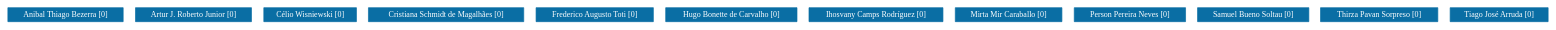
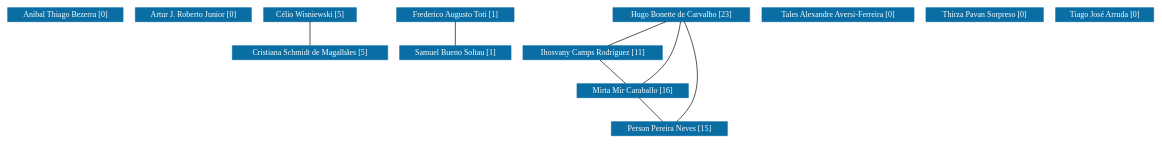
One commit to icamps/unifal-lattes.github.io changed the diagram in df/grafoDeColaboracoesSemPesos.dot. Above: the diagram before and after it, drawn with Graphviz. The commit also changed 783 other files, not shown here.

```diff
--- a/df/grafoDeColaboracoesSemPesos.dot
+++ b/df/grafoDeColaboracoesSemPesos.dot
@@ -1,95 +1,109 @@
 strict graph grafo1 {
-	graph [bb="0,0,1919.5,21",
+	graph [bb="0,0,1431.5,192",
 		id=grafo1,
 		overlap=False
 	];
 	node [fontsize=12,
 		label="\N",
 		shape=rectangle,
 		style=filled
 	];
 	0	 [URL="membro-8478305453281130.html",
 		color="#0A6EA4",
 		fontcolor="#FFFFFF",
 		height=0.29167,
 		label="Anibal Thiago Bezerra [0]",
-		pos="71.5,10.5",
+		pos="71.5,181.5",
 		width=1.9861];
 	1	 [URL="membro-6122155083160820.html",
 		color="#0A6EA4",
 		fontcolor="#FFFFFF",
 		height=0.29167,
 		label="Artur J. Roberto Junior [0]",
-		pos="232.5,10.5",
+		pos="232.5,181.5",
 		width=1.9861];
 	2	 [URL="membro-4055079165002493.html",
 		color="#0A6EA4",
 		fontcolor="#FFFFFF",
 		height=0.29167,
-		label="Célio Wisniewski [0]",
-		pos="380.5,10.5",
+		label="Célio Wisniewski [5]",
+		pos="380.5,181.5",
 		width=1.6111];
 	3	 [URL="membro-1140012060761818.html",
 		color="#0A6EA4",
 		fontcolor="#FFFFFF",
 		height=0.29167,
-		label="Cristiana Schmidt de Magalhães [0]",
-		pos="549.5,10.5",
+		label="Cristiana Schmidt de Magalhães [5]",
+		pos="380.5,124.5",
 		width=2.5833];
+	2 -- 3	 [pos="380.5,170.78 380.5,160.59 380.5,145.35 380.5,135.17"];
 	4	 [URL="membro-5154949759339458.html",
 		color="#0A6EA4",
 		fontcolor="#FFFFFF",
 		height=0.29167,
-		label="Frederico Augusto Toti [0]",
-		pos="732.5,10.5",
+		label="Frederico Augusto Toti [1]",
+		pos="560.5,181.5",
 		width=1.9861];
+	9	 [URL="membro-4318353199461089.html",
+		color="#0A6EA4",
+		fontcolor="#FFFFFF",
+		height=0.29167,
+		label="Samuel Bueno Soltau [1]",
+		pos="560.5,124.5",
+		width=1.9028];
+	4 -- 9	 [pos="560.5,170.78 560.5,160.59 560.5,145.35 560.5,135.17"];
 	5	 [URL="membro-1642083834158700.html",
 		color="#0A6EA4",
 		fontcolor="#FFFFFF",
 		height=0.29167,
-		label="Hugo Bonette de Carvalho [0]",
-		pos="902.5,10.5",
-		width=2.2361];
+		label="Hugo Bonette de Carvalho [23]",
+		pos="845.5,181.5",
+		width=2.3194];
 	6	 [URL="membro-3732563704810366.html",
 		color="#0A6EA4",
 		fontcolor="#FFFFFF",
 		height=0.29167,
-		label="Ihosvany Camps Rodríguez [0]",
-		pos="1083.5,10.5",
-		width=2.2778];
+		label="Ihosvany Camps Rodríguez [11]",
+		pos="732.5,124.5",
+		width=2.3611];
+	5 -- 6	 [pos="824.51,170.91 804.21,160.67 773.64,145.25 753.38,135.03"];
 	7	 [URL="membro-6165304398755510.html",
 		color="#0A6EA4",
 		fontcolor="#FFFFFF",
 		height=0.29167,
-		label="Mirta Mir Caraballo [0]",
-		pos="1248.5,10.5",
-		width=1.7917];
+		label="Mirta Mir Caraballo [16]",
+		pos="787.5,67.5",
+		width=1.875];
+	5 -- 7	 [pos="843.95,170.92 841.62,157.18 836.4,132.73 826.5,114 819.31,100.4 807.64,87.187 798.93,78.345"];
 	8	 [URL="membro-2380268778692743.html",
 		color="#0A6EA4",
 		fontcolor="#FFFFFF",
 		height=0.29167,
-		label="Person Pereira Neves [0]",
-		pos="1397.5,10.5",
-		width=1.8472];
-	9	 [URL="membro-4318353199461089.html",
+		label="Person Pereira Neves [15]",
+		pos="835.5,10.5",
+		width=1.9306];
+	5 -- 8	 [pos="849.89,170.99 858.32,149.31 874.96,98.243 863.5,57 859.77,43.562 850.99,30.12 844.25,21.17"];
+	6 -- 7	 [pos="742.85,113.78 752.68,103.59 767.38,88.348 777.2,78.173"];
+	7 -- 8	 [pos="796.53,56.779 805.11,46.588 817.94,31.348 826.51,21.173"];
+	10	 [URL="membro-1101341437463729.html",
 		color="#0A6EA4",
 		fontcolor="#FFFFFF",
 		height=0.29167,
-		label="Samuel Bueno Soltau [0]",
-		pos="1550.5,10.5",
-		width=1.9028];
-	10	 [URL="membro-3940703666349048.html",
+		label="Tales Alexandre Aversi-Ferreira [0]",
+		pos="1039.5,181.5",
+		width=2.5556];
+	11	 [URL="membro-3940703666349048.html",
 		color="#0A6EA4",
 		fontcolor="#FFFFFF",
 		height=0.29167,
 		label="Thirza Pavan Sorpreso [0]",
-		pos="1708.5,10.5",
+		pos="1220.5,181.5",
 		width=1.9722];
-	11	 [URL="membro-2604391010090933.html",
+	12	 [URL="membro-2604391010090933.html",
 		color="#0A6EA4",
 		fontcolor="#FFFFFF",
 		height=0.29167,
 		label="Tiago José Arruda [0]",
-		pos="1858.5,10.5",
+		pos="1370.5,181.5",
 		width=1.6944];
 }
```
